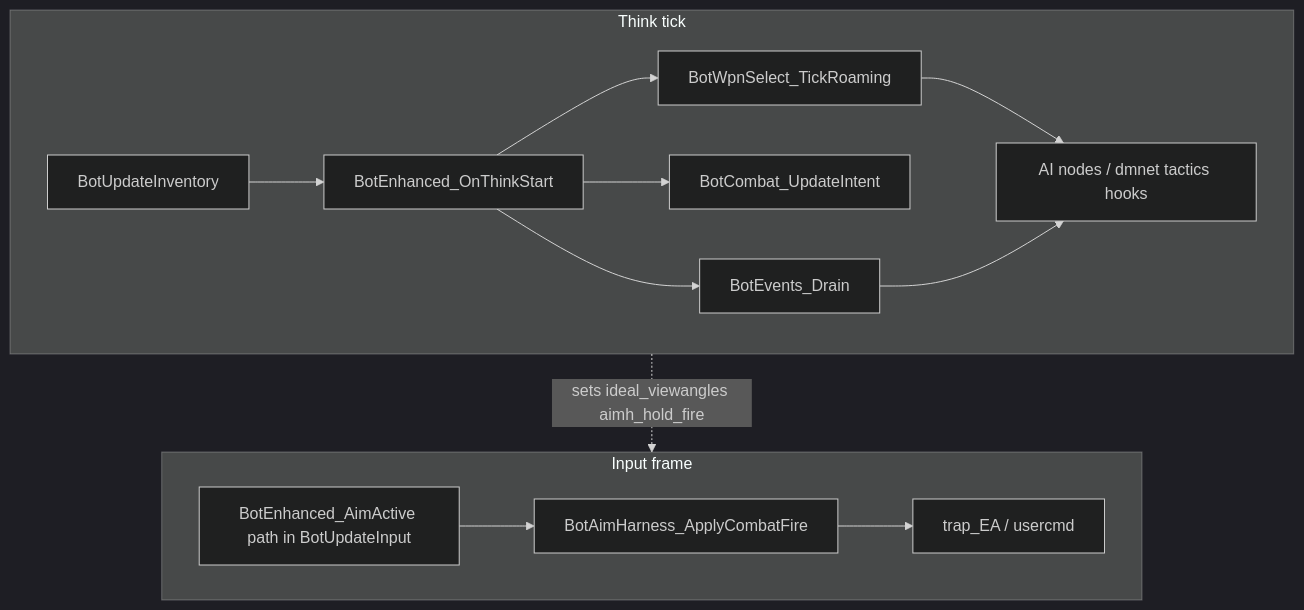
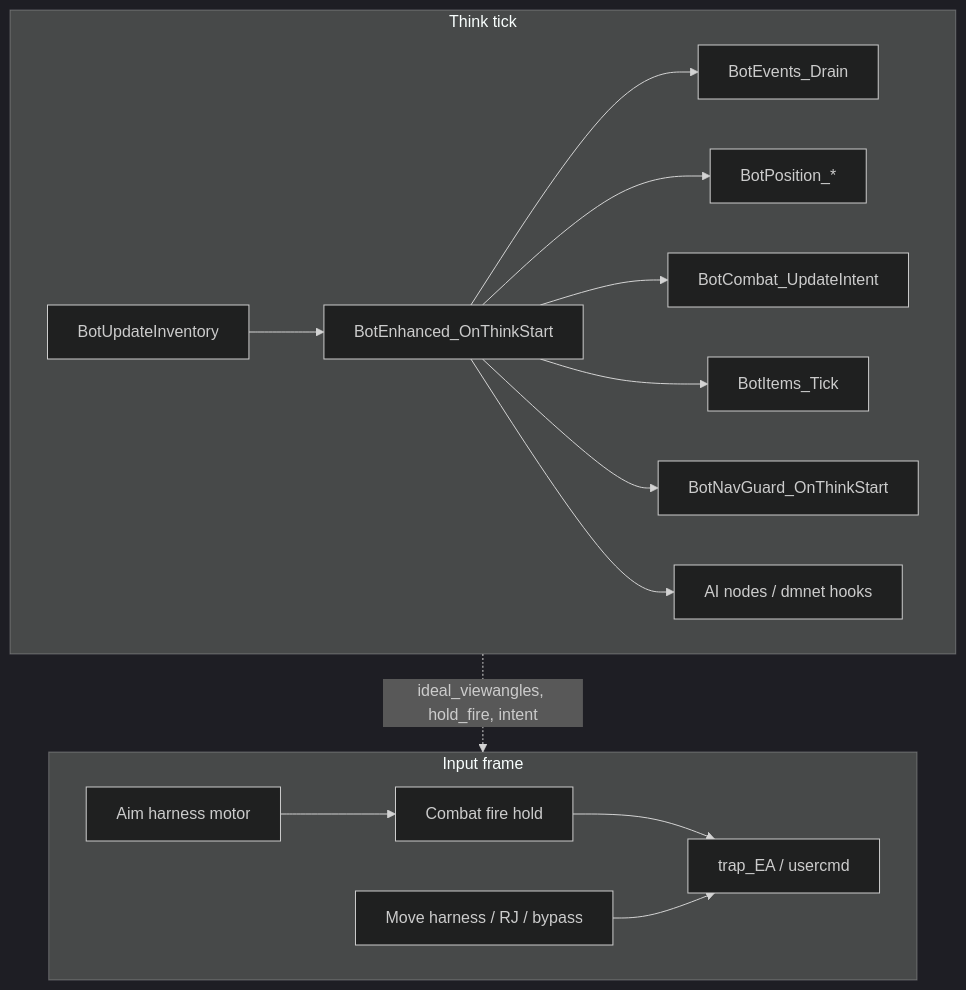
One commit to alcachofass/devotion changed the diagram in docs/BOT-ENHANCED-ARCHITECTURE.md. Above: the diagram before and after it, drawn with Mermaid (dark theme). The commit also changed other lines of this file and 22 other files, not shown here.

````diff
--- a/docs/BOT-ENHANCED-ARCHITECTURE.md
+++ b/docs/BOT-ENHANCED-ARCHITECTURE.md
@@ -18,24 +20,29 @@
 ```mermaid
 flowchart TB
   subgraph think [Think tick]
     INV[BotUpdateInventory]
     ENH[BotEnhanced_OnThinkStart]
     DRAIN[BotEvents_Drain]
-    INTENT[BotCombat_UpdateIntent]
-    ROAM[BotWpnSelect_TickRoaming]
-    NODE[AI nodes / dmnet tactics hooks]
+    POS[BotPosition_*]
+    COMBAT[BotCombat_UpdateIntent]
+    ITEMS[BotItems_Tick]
+    NAV[BotNavGuard_OnThinkStart]
+    NODE[AI nodes / dmnet hooks]
     INV --> ENH
     ENH --> DRAIN
-    ENH --> INTENT
-    ENH --> ROAM
-    ROAM --> NODE
-    DRAIN --> NODE
+    ENH --> POS
+    ENH --> COMBAT
+    ENH --> ITEMS
+    ENH --> NAV
+    ENH --> NODE
   end
   subgraph input [Input frame]
-    AIM[BotEnhanced_AimActive path in BotUpdateInput]
-    FIRE[BotAimHarness_ApplyCombatFire]
+    AIM[Aim harness motor]
+    MOVE[Move harness / RJ / bypass]
+    FIRE[Combat fire hold]
     CMD[trap_EA / usercmd]
     AIM --> FIRE --> CMD
+    MOVE --> CMD
   end
-  think -.->|sets ideal_viewangles aimh_hold_fire| input
+  think -.->|ideal_viewangles, hold_fire, intent| input
 ```
````
